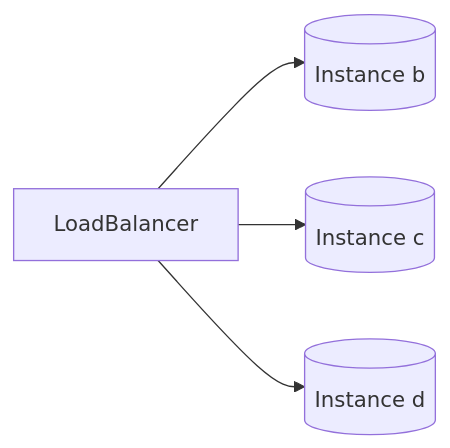
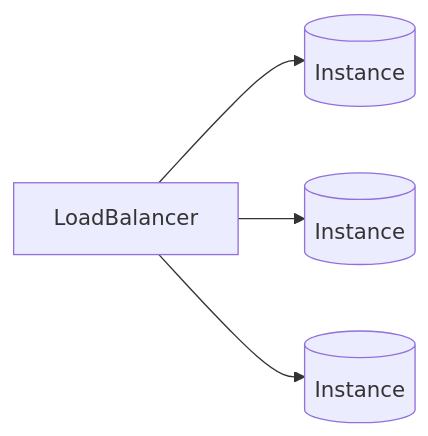
The diagram in dev/aws/week2.md (pickstudio/study), drawn with Mermaid before and after one commit. The commit also changed other lines of this file, not shown here.

````diff
--- a/dev/aws/week2.md
+++ b/dev/aws/week2.md
@@ -31,11 +28,11 @@
 ```mermaid
 flowchart LR
  	A[LoadBalancer]
-	B[(Instance b)]
-	C[(Instance c)]
-	D[(Instance d)]
+	B[(Instance )]
+	C[(Instance )]
+	D[(Instance )]
 	A-->B
 	A-->C
 	A-->D
 	
 ```
````
